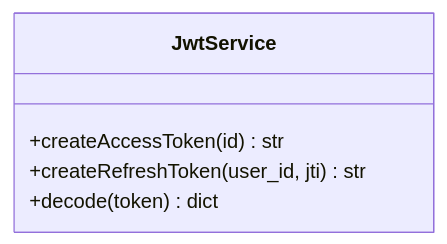
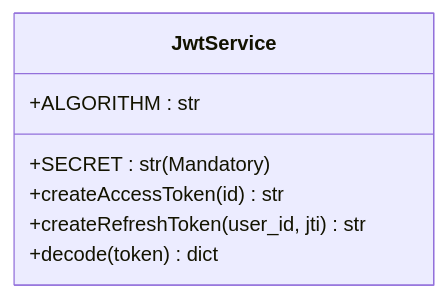
The fifth of 10 diagrams in .qoder/repowiki/en/content/Core Concepts/User Authentication System.md (srikant-panda/auth-service), drawn with Mermaid before and after one commit. The commit also changed other lines of this file and 9 other files, not shown here.

````diff
--- a/.qoder/repowiki/en/content/Core Concepts/User Authentication System.md
+++ b/.qoder/repowiki/en/content/Core Concepts/User Authentication System.md
@@ -223,8 +233,10 @@
 ```mermaid
 classDiagram
 class JwtService {
++SECRET : str (Mandatory)
++ALGORITHM : str
 +createAccessToken(id) str
 +createRefreshToken(user_id, jti) str
 +decode(token) dict
 }
 ```
````
